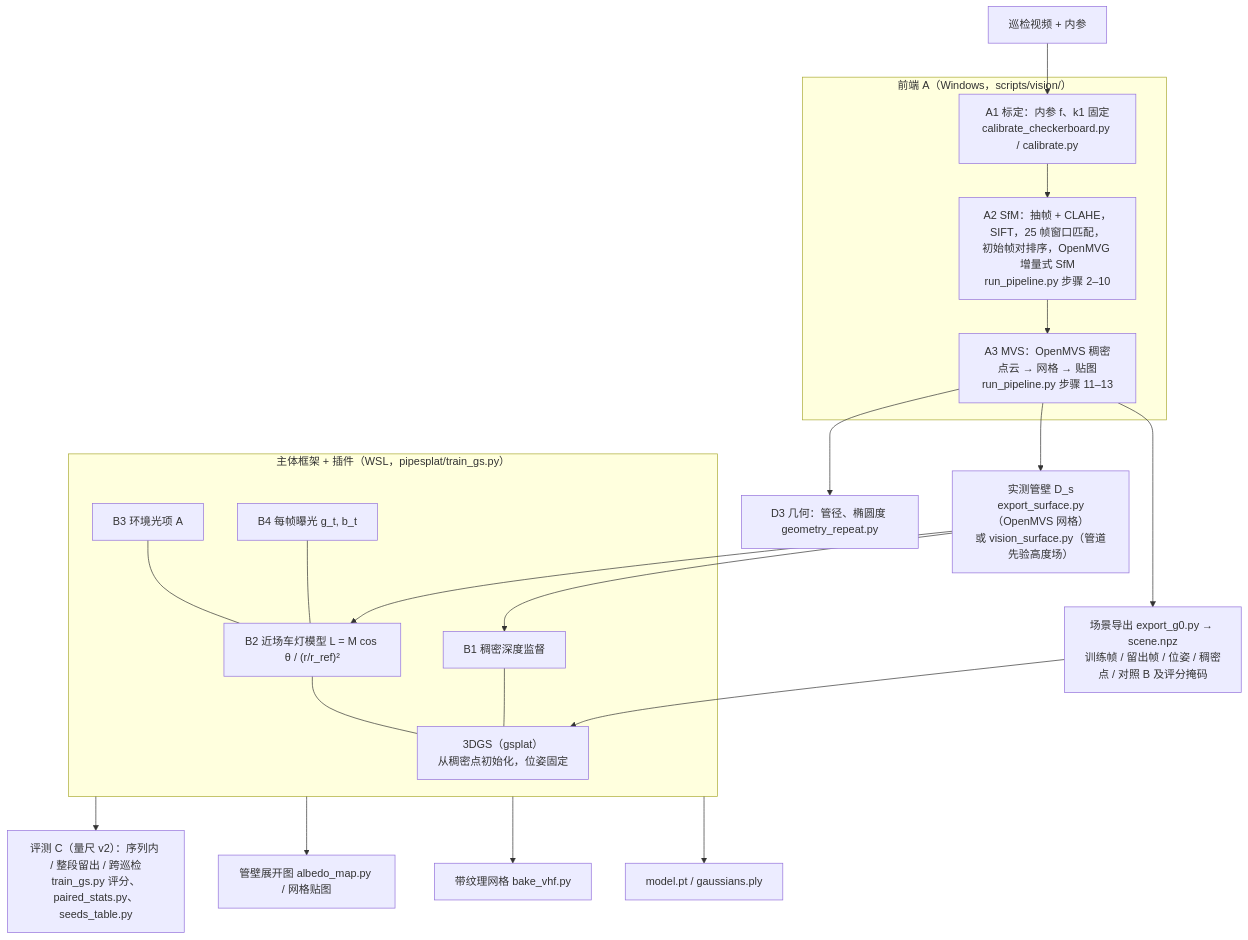
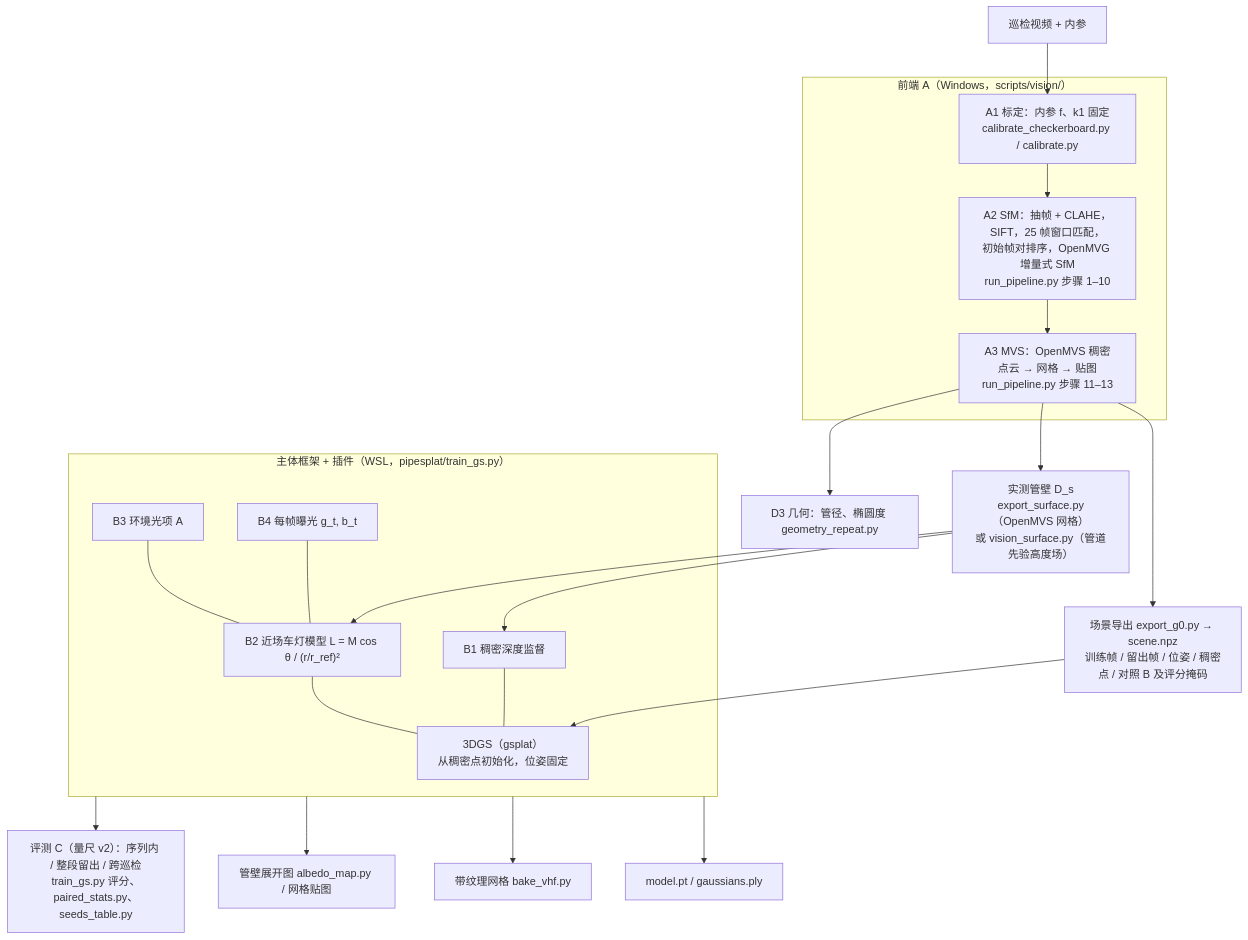
The diagram in docs/MODEL.md (Bridge-coder/DL-PipeGS), drawn with Mermaid before and after one commit. The commit also changed other lines of this file and 10 other files, not shown here.

````diff
--- a/docs/MODEL.md
+++ b/docs/MODEL.md
@@ -28,30 +28,30 @@
 ```mermaid
 flowchart TB
   V["巡检视频 + 内参"] --> A1
   subgraph A["前端 A（Windows，scripts/vision/）"]
     A1["A1 标定：内参 f、k1 固定<br>calibrate_checkerboard.py / calibrate.py"] --> A2
-    A2["A2 SfM：抽帧 + CLAHE，SIFT，25 帧窗口匹配，<br>初始帧对排序，OpenMVG 增量式 SfM<br>run_pipeline.py 步骤 2–10"] --> A3
+    A2["A2 SfM：抽帧 + CLAHE，SIFT，25 帧窗口匹配，<br>初始帧对排序，OpenMVG 增量式 SfM<br>run_pipeline.py 步骤 1–10"] --> A3
     A3["A3 MVS：OpenMVS 稠密点云 → 网格 → 贴图<br>run_pipeline.py 步骤 11–13"]
   end
   A3 --> S["场景导出 export_g0.py → scene.npz<br>训练帧 / 留出帧 / 位姿 / 稠密点 / 对照 B 及评分掩码"]
   A3 --> W["实测管壁 D_s<br>export_surface.py（OpenMVS 网格）<br>或 vision_surface.py（管道先验高度场）"]
   subgraph M["主体框架 + 插件（WSL，pipesplat/train_gs.py）"]
     G["3DGS（gsplat）<br>从稠密点初始化，位姿固定"]
     B1["B1 稠密深度监督"]
     B2["B2 近场车灯模型 L = M cos θ / (r/r_ref)²"]
     B3["B3 环境光项 A"]
     B4["B4 每帧曝光 g_t, b_t"]
     B1 --- G
     B2 --- G
     B3 --- B2
     B4 --- B2
   end
   S --> G
   W --> B1
   W --> B2
   M --> O1["model.pt / gaussians.ply"]
   M --> O2["带纹理网格 bake_vhf.py"]
   M --> O3["管壁展开图 albedo_map.py / 网格贴图"]
   A3 --> O4["D3 几何：管径、椭圆度 geometry_repeat.py"]
   M --> C["评测 C（量尺 v2）：序列内 / 整段留出 / 跨巡检<br>train_gs.py 评分、paired_stats.py、seeds_table.py"]
 ```
````
